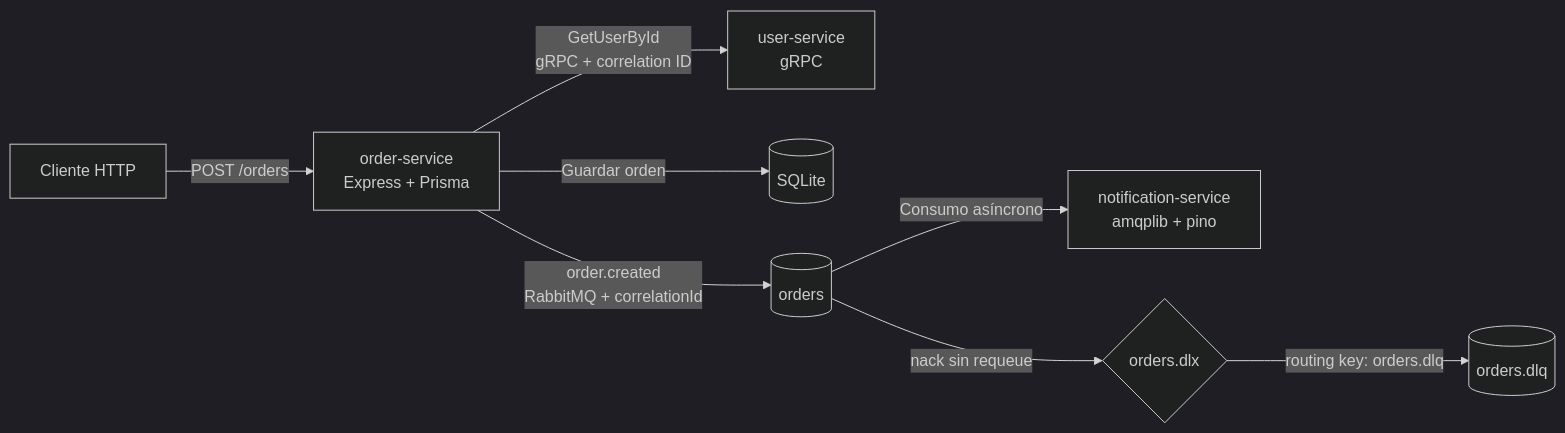
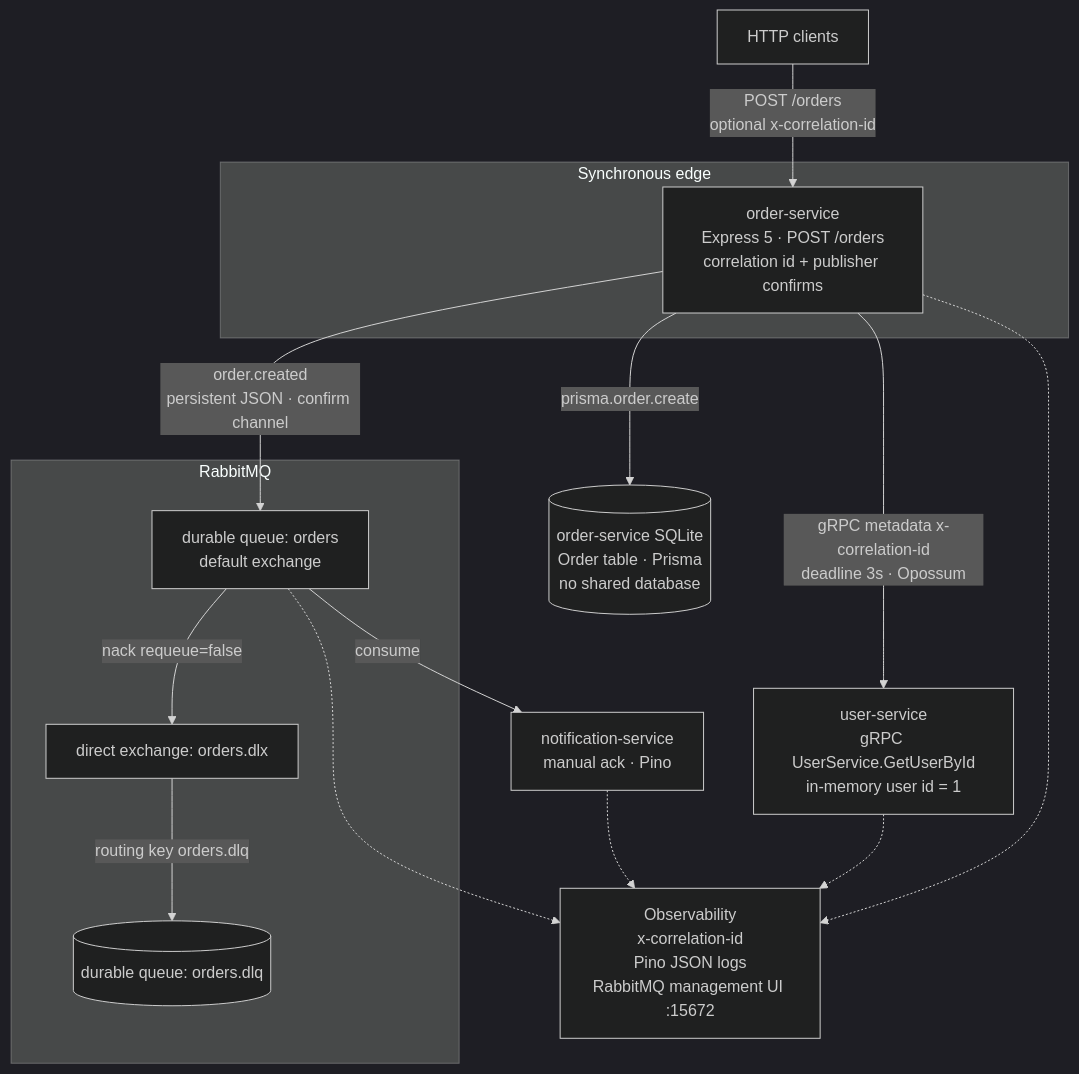
Before and after one commit to Arierutemplar/event-driven-microservices-ts: the first of 2 diagrams in README.md, drawn with Mermaid (dark theme). The commit also changed other lines of this file and 3 other files, not shown here.

Commit message:
docs: add monorepo architecture README and apps docker setup

````diff
--- a/README.md
+++ b/README.md
@@ -24,10 +43,32 @@
 ```mermaid
-flowchart LR
-    Client[Cliente HTTP] -->|POST /orders| Order[order-service<br/>Express + Prisma]
-    Order -->|GetUserById<br/>gRPC + correlation ID| User[user-service<br/>gRPC]
-    Order -->|Guardar orden| DB[(SQLite)]
-    Order -->|order.created<br/>RabbitMQ + correlationId| Queue[(orders)]
-    Queue -->|Consumo asíncrono| Notification[notification-service<br/>amqplib + pino]
-    Queue -->|nack sin requeue| DLX{orders.dlx}
-    DLX -->|routing key: orders.dlq| DLQ[(orders.dlq)]
+flowchart TB
+  client["HTTP clients"]
+
+  subgraph edge["Synchronous edge"]
+    order["order-service<br/>Express 5 · POST /orders<br/>correlation id + publisher confirms"]
+  end
+
+  user["user-service<br/>gRPC UserService.GetUserById<br/>in-memory user id = 1"]
+  sqlite[("order-service SQLite<br/>Order table · Prisma<br/>no shared database")]
+
+  subgraph broker["RabbitMQ"]
+    ordersQ["durable queue: orders<br/>default exchange"]
+    dlx["direct exchange: orders.dlx"]
+    dlq[("durable queue: orders.dlq")]
+  end
+
+  notification["notification-service<br/>manual ack · Pino"]
+  observe["Observability<br/>x-correlation-id<br/>Pino JSON logs<br/>RabbitMQ management UI :15672"]
+
+  client -->|"POST /orders<br/>optional x-correlation-id"| order
+  order -->|"gRPC metadata x-correlation-id<br/>deadline 3s · Opossum"| user
+  order -->|"prisma.order.create"| sqlite
+  order -->|"order.created<br/>persistent JSON · confirm channel"| ordersQ
+  ordersQ -->|"consume"| notification
+  ordersQ -->|"nack requeue=false"| dlx
+  dlx -->|"routing key orders.dlq"| dlq
+  order -.-> observe
+  user -.-> observe
+  notification -.-> observe
+  ordersQ -.-> observe
 ```
````
